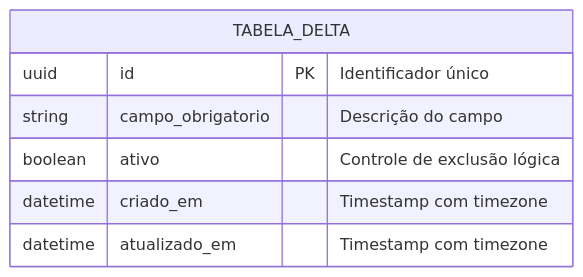
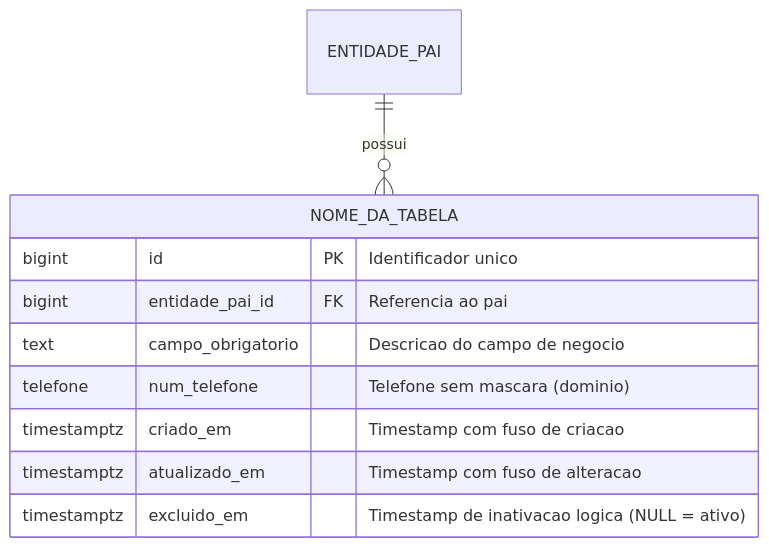
Before and after one commit to lopxs1/MetodologiaSDD: the diagram in .specify/specs/_template/data-model.md, drawn with Mermaid. The commit also changed other lines of this file and 23 other files, not shown here.

````diff
--- a/.specify/specs/_template/data-model.md
+++ b/.specify/specs/_template/data-model.md
@@ -39,10 +40,14 @@
 ```mermaid
 erDiagram
-    TABELA_DELTA {
-        uuid id PK "Identificador único"
-        string campo_obrigatorio "Descrição do campo"
-        boolean ativo "Controle de exclusão lógica"
-        datetime criado_em "Timestamp com timezone"
-        datetime atualizado_em "Timestamp com timezone"
+    ENTIDADE_PAI ||--o{ NOME_DA_TABELA : "possui"
+
+    NOME_DA_TABELA {
+        bigint id PK "Identificador unico"
+        bigint entidade_pai_id FK "Referencia ao pai"
+        text campo_obrigatorio "Descricao do campo de negocio"
+        telefone num_telefone "Telefone sem mascara (dominio)"
+        timestamptz criado_em "Timestamp com fuso de criacao"
+        timestamptz atualizado_em "Timestamp com fuso de alteracao"
+        timestamptz excluido_em "Timestamp de inativacao logica (NULL = ativo)"
     }
 ```
````
